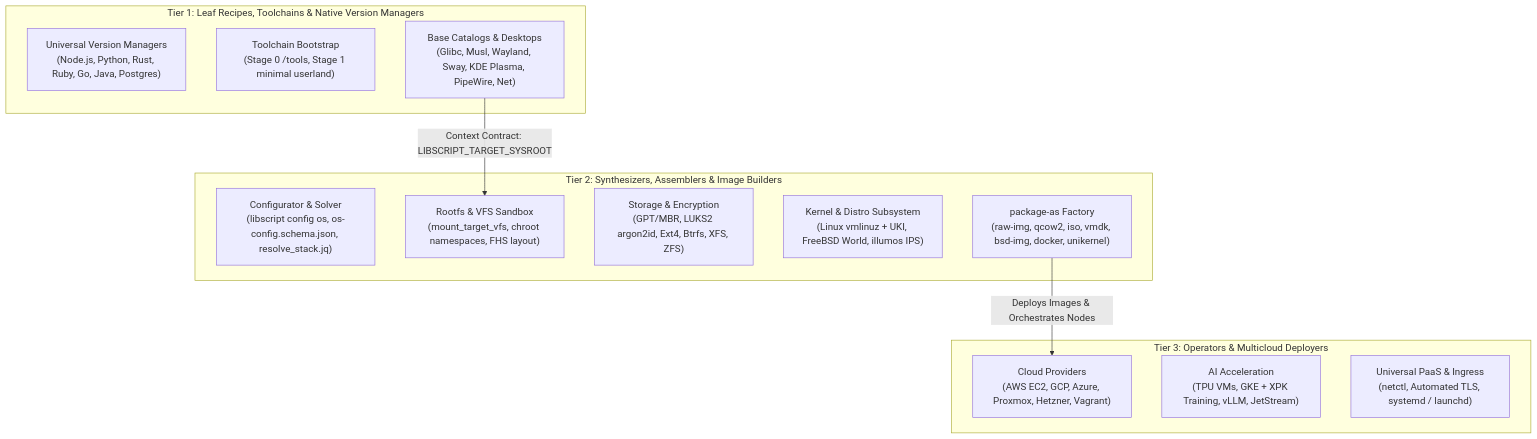
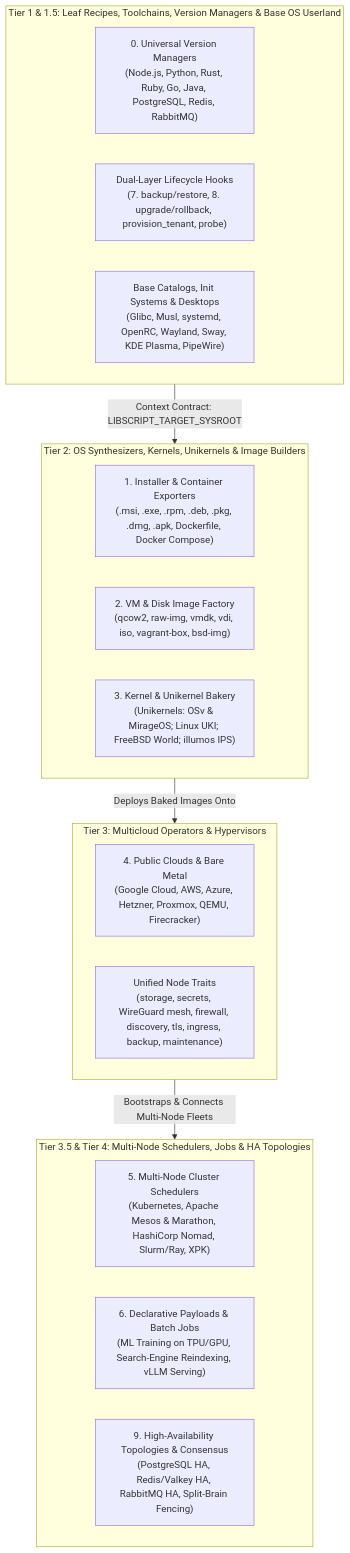
The third of 5 diagrams in README.md (SamuelMarks/libscript), drawn with Mermaid before and after one commit. The commit also changed other lines of this file and 3561 other files, not shown here.

````diff
--- a/README.md
+++ b/README.md
@@ -135,25 +180,29 @@
 ```mermaid
 flowchart TD
-    subgraph Tier1["Tier 1: Leaf Recipes, Toolchains & Native Version Managers"]
-        T1_VM["Universal Version Managers<br/>(Node.js, Python, Rust, Ruby, Go, Java, Postgres)"]
-        T1_Bootstrap["Toolchain Bootstrap<br/>(Stage 0 /tools, Stage 1 minimal userland)"]
-        T1_Base["Base Catalogs & Desktops<br/>(Glibc, Musl, Wayland, Sway, KDE Plasma, PipeWire, Net)"]
+    subgraph Tier1["Tier 1 & 1.5: Leaf Recipes, Toolchains, Version Managers & Base OS Userland"]
+        T1_VM["0. Universal Version Managers<br/>(Node.js, Python, Rust, Ruby, Go, Java, PostgreSQL, Redis, RabbitMQ)"]
+        T1_Hooks["Dual-Layer Lifecycle Hooks<br/>(7. backup/restore, 8. upgrade/rollback, provision_tenant, probe)"]
+        T1_Base["Base Catalogs, Init Systems & Desktops<br/>(Glibc, Musl, systemd, OpenRC, Wayland, Sway, KDE Plasma, PipeWire)"]
     end
 
-    subgraph Tier2["Tier 2: Synthesizers, Assemblers & Image Builders"]
-        T2_Config["Configurator & Solver<br/>(libscript config os, os-config.schema.json, resolve_stack.jq)"]
-        T2_VFS["Rootfs & VFS Sandbox<br/>(mount_target_vfs, chroot namespaces, FHS layout)"]
-        T2_Storage["Storage & Encryption<br/>(GPT/MBR, LUKS2 argon2id, Ext4, Btrfs, XFS, ZFS)"]
-        T2_Kernel["Kernel & Distro Subsystem<br/>(Linux vmlinuz + UKI, FreeBSD World, illumos IPS)"]
-        T2_Package["package-as Factory<br/>(raw-img, qcow2, iso, vmdk, bsd-img, docker, unikernel)"]
+    subgraph Tier2["Tier 2: OS Synthesizers, Kernels, Unikernels & Image Builders"]
+        T2_Pkg["1. Installer & Container Exporters<br/>(.msi, .exe, .rpm, .deb, .pkg, .dmg, .apk, Dockerfile, Docker Compose)"]
+        T2_Disk["2. VM & Disk Image Factory<br/>(qcow2, raw-img, vmdk, vdi, iso, vagrant-box, bsd-img)"]
+        T2_Kernel["3. Kernel & Unikernel Bakery<br/>(Unikernels: OSv & MirageOS; Linux UKI; FreeBSD World; illumos IPS)"]
     end
 
-    subgraph Tier3["Tier 3: Operators & Multicloud Deployers"]
-        T3_Cloud["Cloud Providers<br/>(AWS EC2, GCP, Azure, Proxmox, Hetzner, Vagrant)"]
-        T3_AI["AI Acceleration<br/>(TPU VMs, GKE + XPK Training, vLLM, JetStream)"]
-        T3_PaaS["Universal PaaS & Ingress<br/>(netctl, Automated TLS, systemd / launchd)"]
+    subgraph Tier3["Tier 3: Multicloud Operators & Hypervisors"]
+        T3_Cloud["4. Public Clouds & Bare Metal<br/>(Google Cloud, AWS, Azure, Hetzner, Proxmox, QEMU, Firecracker)"]
+        T3_Traits["Unified Node Traits<br/>(storage, secrets, WireGuard mesh, firewall, discovery, tls, ingress, backup, maintenance)"]
     end
 
-    T1_Base -->|Context Contract: LIBSCRIPT_TARGET_SYSROOT| T2_VFS
-    T2_Package -->|Deploys Images & Orchestrates Nodes| T3_Cloud
+    subgraph Tier35_4["Tier 3.5 & Tier 4: Multi-Node Schedulers, Jobs & HA Topologies"]
+        T4_Sched["5. Multi-Node Cluster Schedulers<br/>(Kubernetes, Apache Mesos & Marathon, HashiCorp Nomad, Slurm/Ray, XPK)"]
+        T4_Jobs["6. Declarative Payloads & Batch Jobs<br/>(ML Training on TPU/GPU, Search-Engine Reindexing, vLLM Serving)"]
+        T35_HA["9. High-Availability Topologies & Consensus<br/>(PostgreSQL HA, Redis/Valkey HA, RabbitMQ HA, Split-Brain Fencing)"]
+    end
+
+    Tier1 -->|Context Contract: LIBSCRIPT_TARGET_SYSROOT| Tier2
+    Tier2 -->|Deploys Baked Images Onto| Tier3
+    Tier3 -->|Bootstraps & Connects Multi-Node Fleets| Tier35_4
 ```
````
